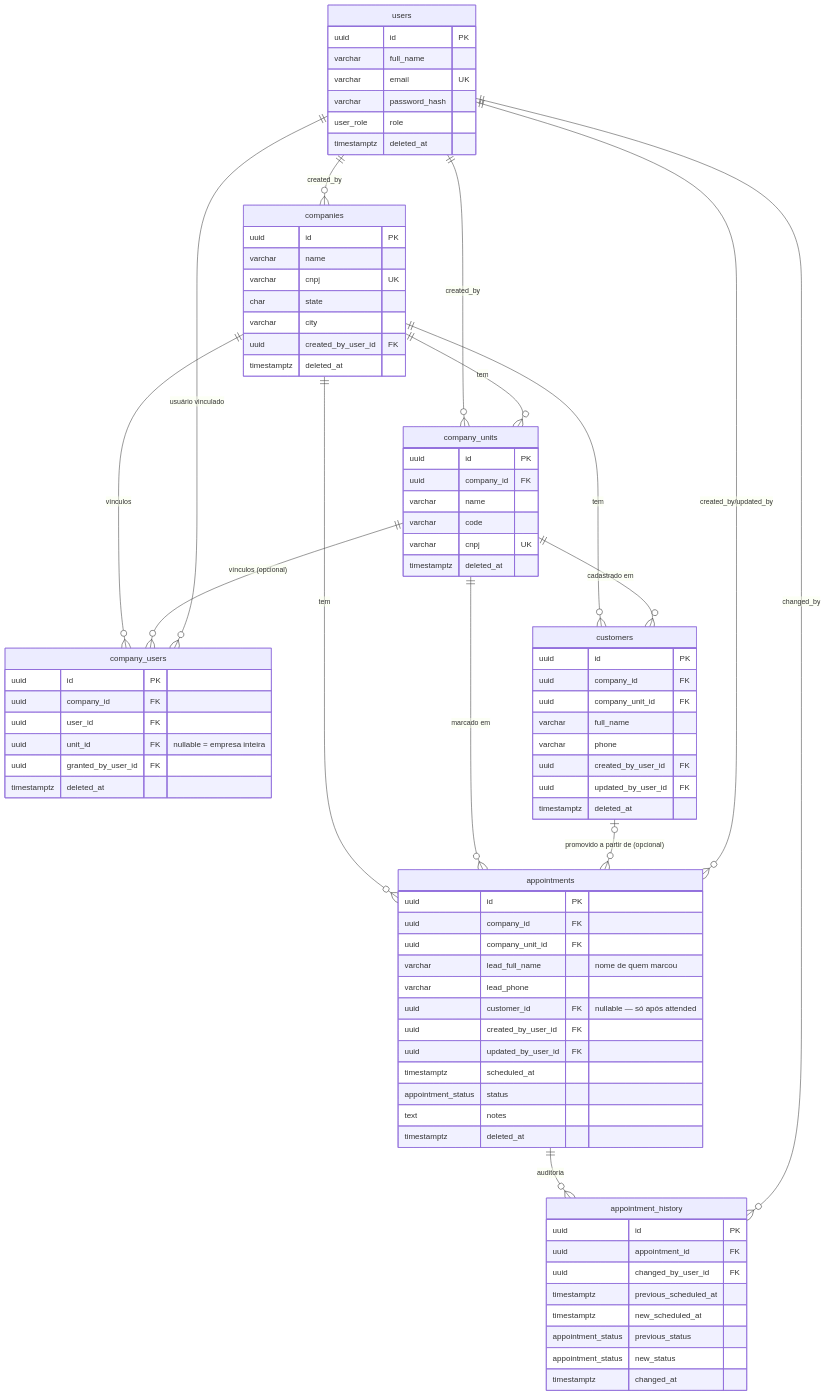
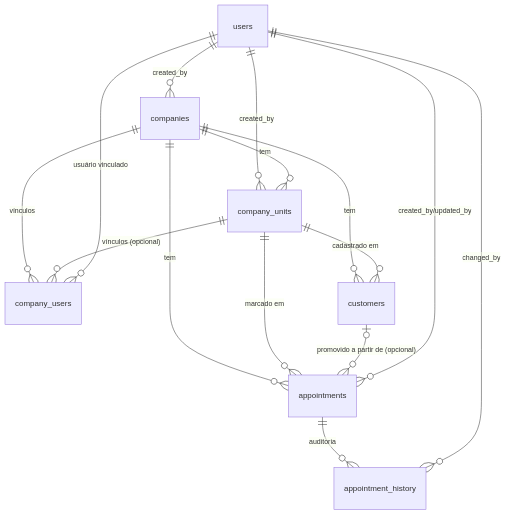
The diagram in docs/ARCHITECTURE.md (phaselab1/OticaLabV1-API), drawn with Mermaid before and after one commit. The commit also changed other lines of this file and 142 other files, not shown here.

````diff
--- a/docs/ARCHITECTURE.md
+++ b/docs/ARCHITECTURE.md
@@ -115,72 +104,4 @@
     appointments ||--o{ appointment_history : "auditoria"
     users ||--o{ appointments : "created_by/updated_by"
     users ||--o{ appointment_history : "changed_by"
-
-    users {
-        uuid id PK
-        varchar full_name
-        varchar email UK
-        varchar password_hash
-        user_role role
-        timestamptz deleted_at
-    }
-    companies {
-        uuid id PK
-        varchar name
-        varchar cnpj UK
-        char state
-        varchar city
-        uuid created_by_user_id FK
-        timestamptz deleted_at
-    }
-    company_units {
-        uuid id PK
-        uuid company_id FK
-        varchar name
-        varchar code
-        varchar cnpj UK
-        timestamptz deleted_at
-    }
-    company_users {
-        uuid id PK
-        uuid company_id FK
-        uuid user_id FK
-        uuid unit_id FK "nullable = empresa inteira"
-        uuid granted_by_user_id FK
-        timestamptz deleted_at
-    }
-    customers {
-        uuid id PK
-        uuid company_id FK
-        uuid company_unit_id FK
-        varchar full_name
-        varchar phone
-        uuid created_by_user_id FK
-        uuid updated_by_user_id FK
-        timestamptz deleted_at
-    }
-    appointments {
-        uuid id PK
-        uuid company_id FK
-        uuid company_unit_id FK
-        varchar lead_full_name "nome de quem marcou"
-        varchar lead_phone
-        uuid customer_id FK "nullable — só após attended"
-        uuid created_by_user_id FK
-        uuid updated_by_user_id FK
-        timestamptz scheduled_at
-        appointment_status status
-        text notes
-        timestamptz deleted_at
-    }
-    appointment_history {
-        uuid id PK
-        uuid appointment_id FK
-        uuid changed_by_user_id FK
-        timestamptz previous_scheduled_at
-        timestamptz new_scheduled_at
-        appointment_status previous_status
-        appointment_status new_status
-        timestamptz changed_at
-    }
 ```
````
